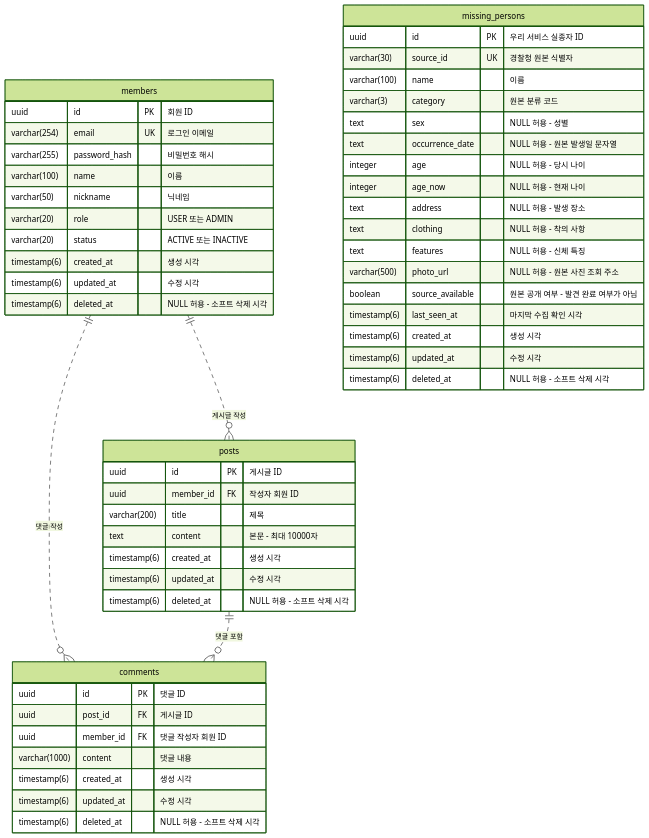
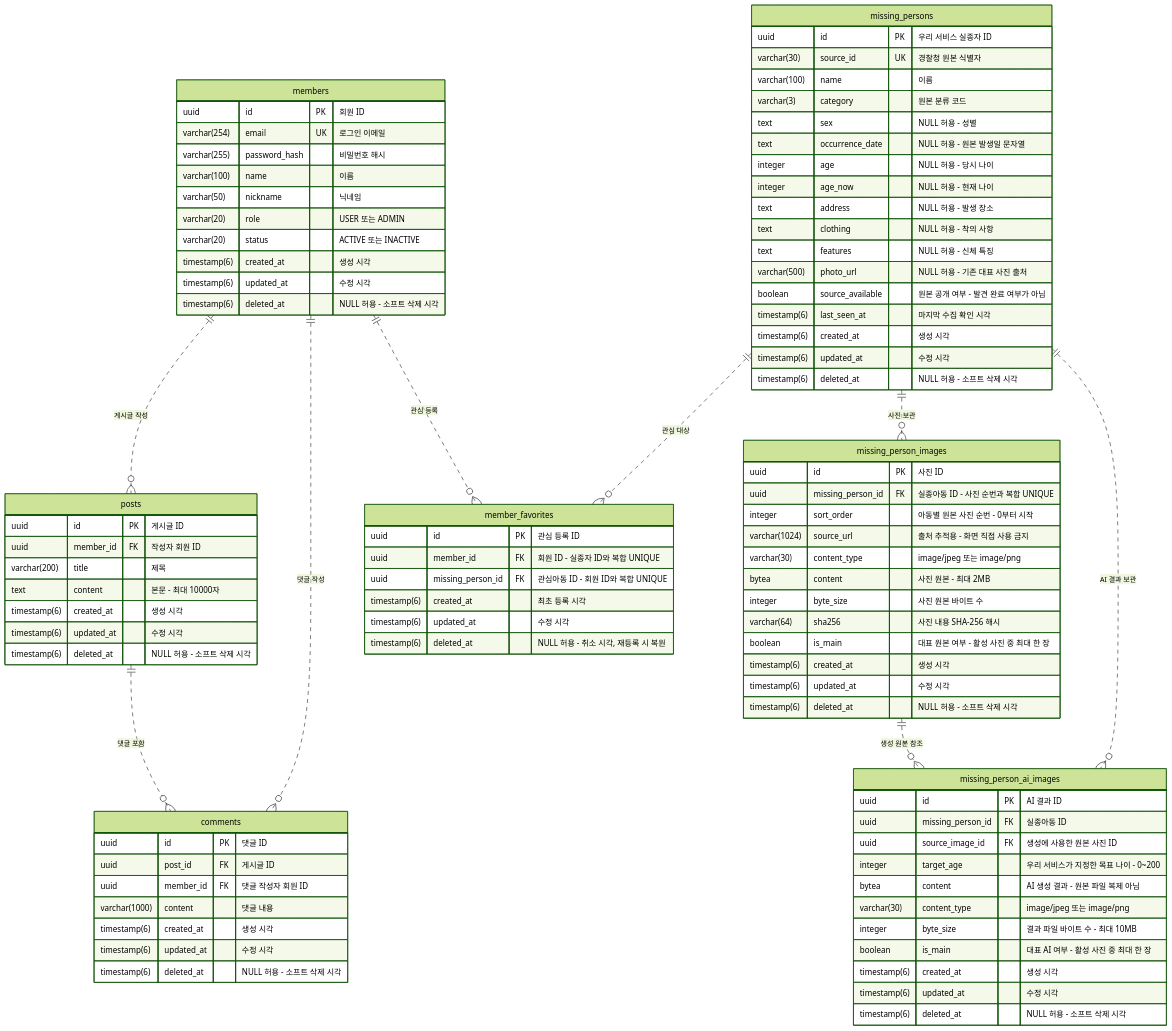
One commit to EST-findus/documents changed the diagram in erd/erd.mmd. Above: the diagram before and after it, drawn with Mermaid (forest theme). The commit also changed 4 other files, not shown here.

First line of the commit message:
docs: AI 이미지 저장 구조와 7개 엔티티 ERD 갱신

```diff
--- a/erd/erd.mmd
+++ b/erd/erd.mmd
@@ -1,57 +1,103 @@
 erDiagram
     members ||..o{ posts : "게시글 작성"
     members ||..o{ comments : "댓글 작성"
     posts ||..o{ comments : "댓글 포함"
+    members ||..o{ member_favorites : "관심 등록"
+    missing_persons ||..o{ member_favorites : "관심 대상"
+    missing_persons ||..o{ missing_person_images : "사진 보관"
+    missing_persons ||..o{ missing_person_ai_images : "AI 결과 보관"
+    missing_person_images ||..o{ missing_person_ai_images : "생성 원본 참조"
 
     members {
         uuid id PK "회원 ID"
         varchar(254) email UK "로그인 이메일"
         varchar(255) password_hash "비밀번호 해시"
         varchar(100) name "이름"
         varchar(50) nickname "닉네임"
         varchar(20) role "USER 또는 ADMIN"
         varchar(20) status "ACTIVE 또는 INACTIVE"
         timestamp(6) created_at "생성 시각"
         timestamp(6) updated_at "수정 시각"
         timestamp(6) deleted_at "NULL 허용 - 소프트 삭제 시각"
     }
 
     posts {
         uuid id PK "게시글 ID"
         uuid member_id FK "작성자 회원 ID"
         varchar(200) title "제목"
         text content "본문 - 최대 10000자"
         timestamp(6) created_at "생성 시각"
         timestamp(6) updated_at "수정 시각"
         timestamp(6) deleted_at "NULL 허용 - 소프트 삭제 시각"
     }
 
     comments {
         uuid id PK "댓글 ID"
         uuid post_id FK "게시글 ID"
         uuid member_id FK "댓글 작성자 회원 ID"
         varchar(1000) content "댓글 내용"
         timestamp(6) created_at "생성 시각"
         timestamp(6) updated_at "수정 시각"
         timestamp(6) deleted_at "NULL 허용 - 소프트 삭제 시각"
     }
 
     missing_persons {
         uuid id PK "우리 서비스 실종자 ID"
         varchar(30) source_id UK "경찰청 원본 식별자"
         varchar(100) name "이름"
         varchar(3) category "원본 분류 코드"
         text sex "NULL 허용 - 성별"
         text occurrence_date "NULL 허용 - 원본 발생일 문자열"
         integer age "NULL 허용 - 당시 나이"
         integer age_now "NULL 허용 - 현재 나이"
         text address "NULL 허용 - 발생 장소"
         text clothing "NULL 허용 - 착의 사항"
         text features "NULL 허용 - 신체 특징"
-        varchar(500) photo_url "NULL 허용 - 원본 사진 조회 주소"
+        varchar(500) photo_url "NULL 허용 - 기존 대표 사진 출처"
         boolean source_available "원본 공개 여부 - 발견 완료 여부가 아님"
         timestamp(6) last_seen_at "마지막 수집 확인 시각"
         timestamp(6) created_at "생성 시각"
         timestamp(6) updated_at "수정 시각"
         timestamp(6) deleted_at "NULL 허용 - 소프트 삭제 시각"
     }
+
+    %% member_id와 missing_person_id의 조합에 복합 UNIQUE를 적용합니다.
+    member_favorites {
+        uuid id PK "관심 등록 ID"
+        uuid member_id FK "회원 ID - 실종자 ID와 복합 UNIQUE"
+        uuid missing_person_id FK "관심아동 ID - 회원 ID와 복합 UNIQUE"
+        timestamp(6) created_at "최초 등록 시각"
+        timestamp(6) updated_at "수정 시각"
+        timestamp(6) deleted_at "NULL 허용 - 취소 시각, 재등록 시 복원"
+    }
+
+    %% missing_person_id와 sort_order의 조합에 복합 UNIQUE를 적용합니다.
+    missing_person_images {
+        uuid id PK "사진 ID"
+        uuid missing_person_id FK "실종아동 ID - 사진 순번과 복합 UNIQUE"
+        integer sort_order "아동별 원본 사진 순번 - 0부터 시작"
+        varchar(1024) source_url "출처 추적용 - 화면 직접 사용 금지"
+        varchar(30) content_type "image/jpeg 또는 image/png"
+        bytea content "사진 원본 - 최대 2MB"
+        integer byte_size "사진 원본 바이트 수"
+        varchar(64) sha256 "사진 내용 SHA-256 해시"
+        boolean is_main "대표 원본 여부 - 활성 사진 중 최대 한 장"
+        timestamp(6) created_at "생성 시각"
+        timestamp(6) updated_at "수정 시각"
+        timestamp(6) deleted_at "NULL 허용 - 소프트 삭제 시각"
+    }
+
+    %% AI 원본은 같은 아동 소속이어야 하며 source_image_id와 missing_person_id의 복합 FK로 검증합니다.
+    missing_person_ai_images {
+        uuid id PK "AI 결과 ID"
+        uuid missing_person_id FK "실종아동 ID"
+        uuid source_image_id FK "생성에 사용한 원본 사진 ID"
+        integer target_age "우리 서비스가 지정한 목표 나이 - 0~200"
+        bytea content "AI 생성 결과 - 원본 파일 복제 아님"
+        varchar(30) content_type "image/jpeg 또는 image/png"
+        integer byte_size "결과 파일 바이트 수 - 최대 10MB"
+        boolean is_main "대표 AI 여부 - 활성 사진 중 최대 한 장"
+        timestamp(6) created_at "생성 시각"
+        timestamp(6) updated_at "수정 시각"
+        timestamp(6) deleted_at "NULL 허용 - 소프트 삭제 시각"
+    }
```
